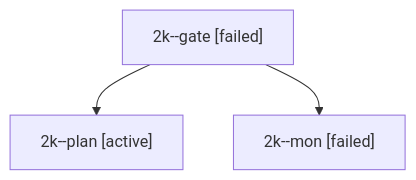
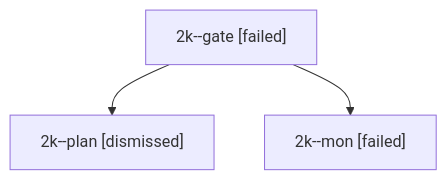
One commit to bobs-org/bob-cli--agents changed the diagram in sessions/bbugyi200.apollo.2k.md. Above: the diagram before and after it, drawn with Mermaid. The commit also changed other lines of this file and 23 other files, not shown here.

````diff
--- a/sessions/bbugyi200.apollo.2k.md
+++ b/sessions/bbugyi200.apollo.2k.md
@@ -9,8 +9,8 @@
 ```mermaid
 flowchart TD
   n0["2k--gate [failed]"]
-  n1["2k--plan [active]"]
+  n1["2k--plan [dismissed]"]
   n0 --> n1
   n2["2k--mon [failed]"]
   n0 --> n2
 ```
````
